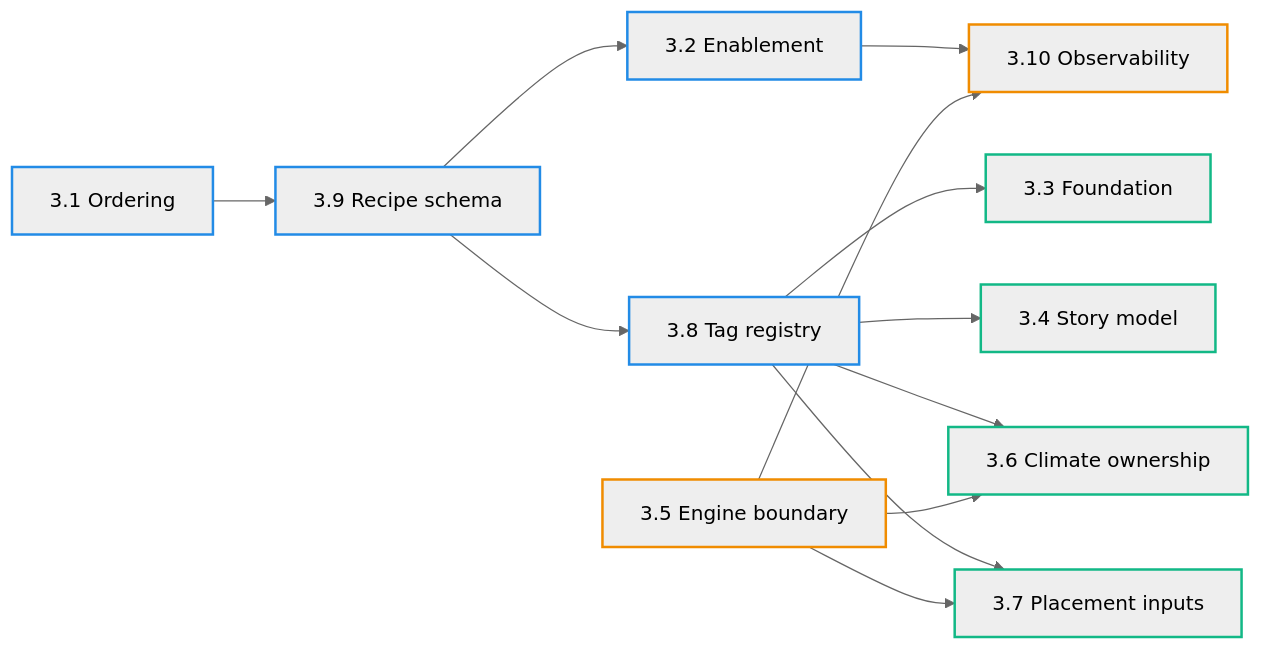
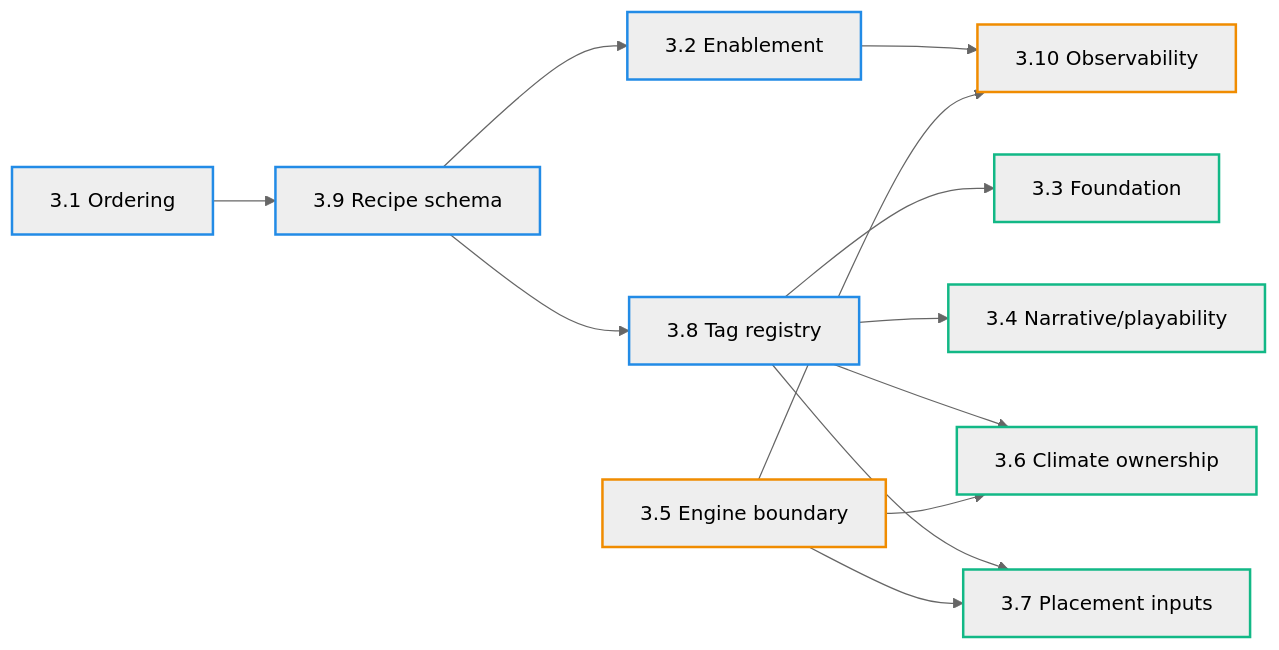
One commit to mateicanavra/civ7-modding-tools-fork changed the diagram in docs/projects/engine-refactor-v1/resources/SPEC-target-architecture-draft.md. Above: the diagram before and after it, drawn with Mermaid (neutral theme). The commit also changed other lines of this file and 3 other files, not shown here.

First line of the commit message:
docs(engine-refactor): update deferrals and M4 milestone with accepted architecture decisions (#155)

````diff
--- a/docs/projects/engine-refactor-v1/resources/SPEC-target-architecture-draft.md
+++ b/docs/projects/engine-refactor-v1/resources/SPEC-target-architecture-draft.md
@@ -236,51 +277,51 @@
 ```mermaid
 flowchart LR
   %% Category (stroke) colors
   classDef spine stroke:#228be6,stroke-width:2px
   classDef boundary stroke:#f08c00,stroke-width:2px
   classDef domain stroke:#12b886,stroke-width:2px
 
   %% Status (fill) colors
   classDef accepted fill:#d3f9d8,color:#0b5345
   classDef proposed fill:#fff3bf,color:#7f4f00
   classDef open fill:#f1f3f5,color:#343a40
 
   ordering["3.1 Ordering"]:::spine
   recipeSchema["3.9 Recipe schema"]:::spine
   enablement["3.2 Enablement"]:::spine
   registry["3.8 Tag registry"]:::spine
 
   engineBoundary["3.5 Engine boundary"]:::boundary
   observability["3.10 Observability"]:::boundary
 
   foundation["3.3 Foundation"]:::domain
-  story["3.4 Story model"]:::domain
+  story["3.4 Narrative/playability"]:::domain
   climate["3.6 Climate ownership"]:::domain
   placement["3.7 Placement inputs"]:::domain
 
   ordering --> recipeSchema
   recipeSchema --> enablement
   recipeSchema --> registry
   registry --> foundation
   registry --> story
   registry --> climate
   registry --> placement
   engineBoundary --> climate
   engineBoundary --> placement
   enablement --> observability
   engineBoundary --> observability
 
   %% Apply current statuses (keep updated as decisions are accepted)
   class ordering spine,accepted
   class recipeSchema spine,accepted
   class enablement spine,accepted
   class registry spine,accepted
 
   class engineBoundary boundary,accepted
-  class observability boundary,open
+  class observability boundary,accepted
 
-  class foundation domain,open
-  class story domain,open
-  class climate domain,open
-  class placement domain,open
+  class foundation domain,accepted
+  class story domain,accepted
+  class climate domain,accepted
+  class placement domain,accepted
 ```
````
